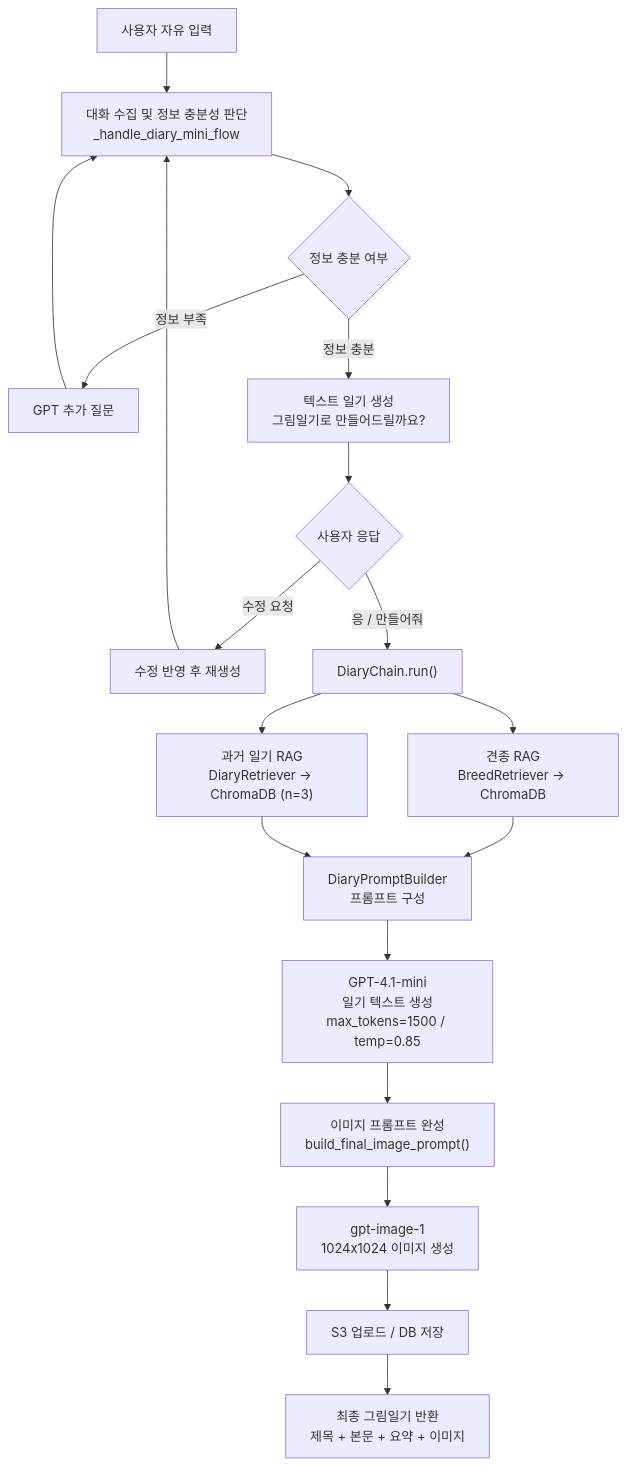
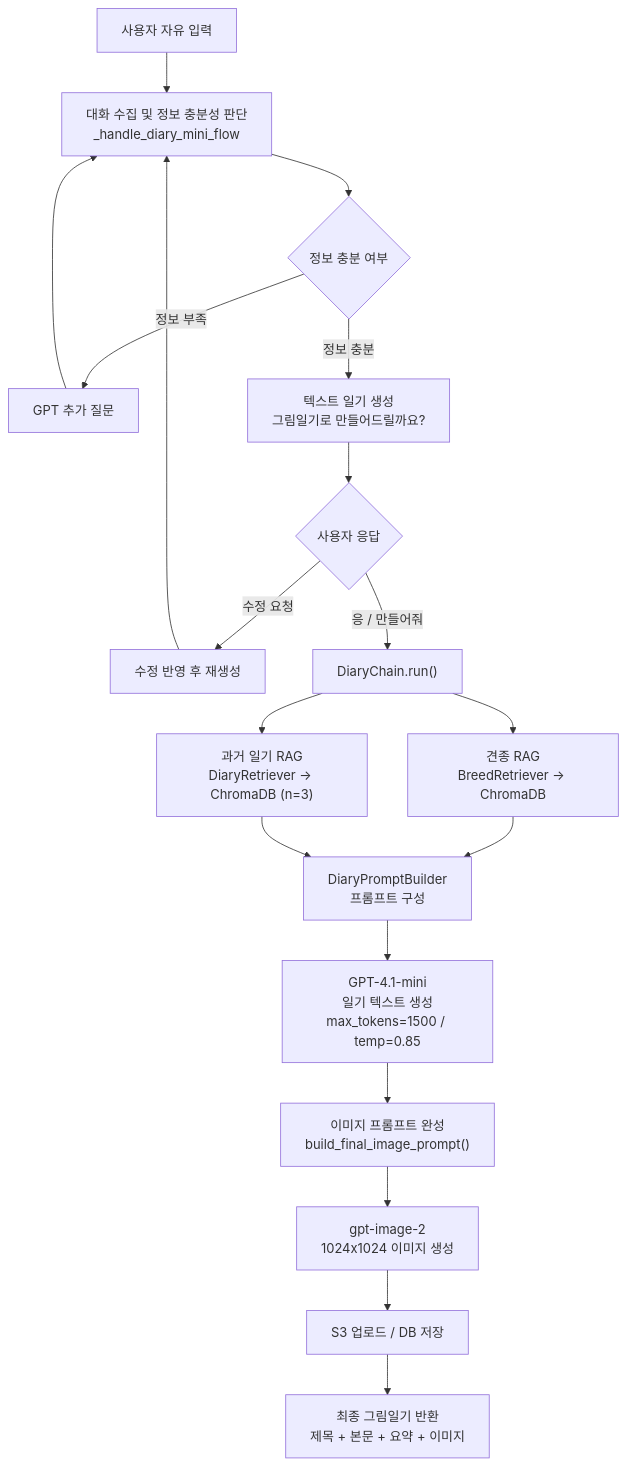
One commit to SKNETWORKS-FAMILY-AICAMP/SKN23-FINAL-3Team changed the first of 2 diagrams in README.md. Above: the diagram before and after it, drawn with Mermaid. The commit also changed other lines of this file and 1 other file, not shown here.

````diff
--- a/README.md
+++ b/README.md
@@ -476,31 +563,31 @@
 ```mermaid
 flowchart TD
     A["사용자 자유 입력"] --> B["대화 수집 및 정보 충분성 판단<br>_handle_diary_mini_flow"]
 
     B --> C{"정보 충분 여부"}
 
     C -->|정보 부족| D["GPT 추가 질문"]
     D --> B
 
     C -->|정보 충분| E["텍스트 일기 생성<br>그림일기로 만들어드릴까요?"]
 
     E --> F{"사용자 응답"}
 
     F -->|수정 요청| G["수정 반영 후 재생성"]
     G --> B
 
     F -->|응 / 만들어줘| H["DiaryChain.run()"]
 
     H --> I["견종 RAG<br>BreedRetriever → ChromaDB"]
     H --> J["과거 일기 RAG<br>DiaryRetriever → ChromaDB (n=3)"]
 
     I --> K["DiaryPromptBuilder<br>프롬프트 구성"]
     J --> K
 
     K --> L["GPT-4.1-mini<br>일기 텍스트 생성<br>max_tokens=1500 / temp=0.85"]
 
     L --> M["이미지 프롬프트 완성<br>build_final_image_prompt()"]
-    M --> N["gpt-image-1<br>1024x1024 이미지 생성"]
+    M --> N["gpt-image-2<br>1024x1024 이미지 생성"]
     N --> O["S3 업로드 / DB 저장"]
     O --> P["최종 그림일기 반환<br>제목 + 본문 + 요약 + 이미지"]
 ```
````
